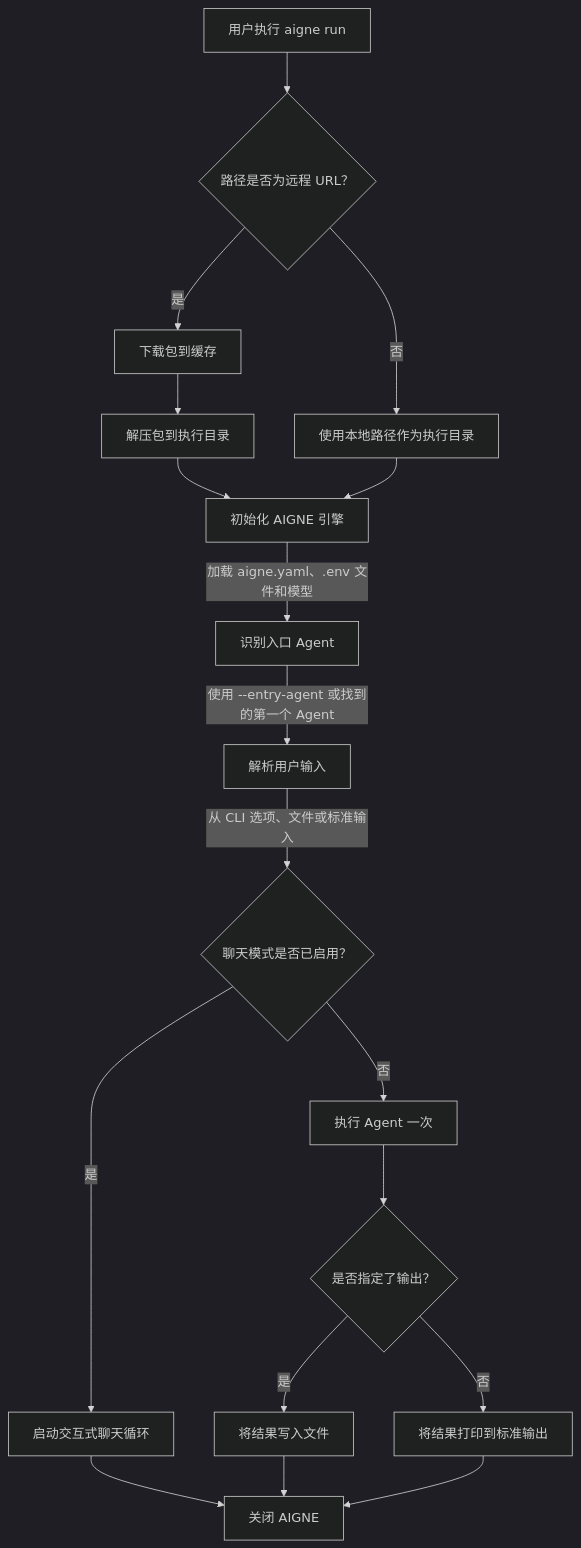
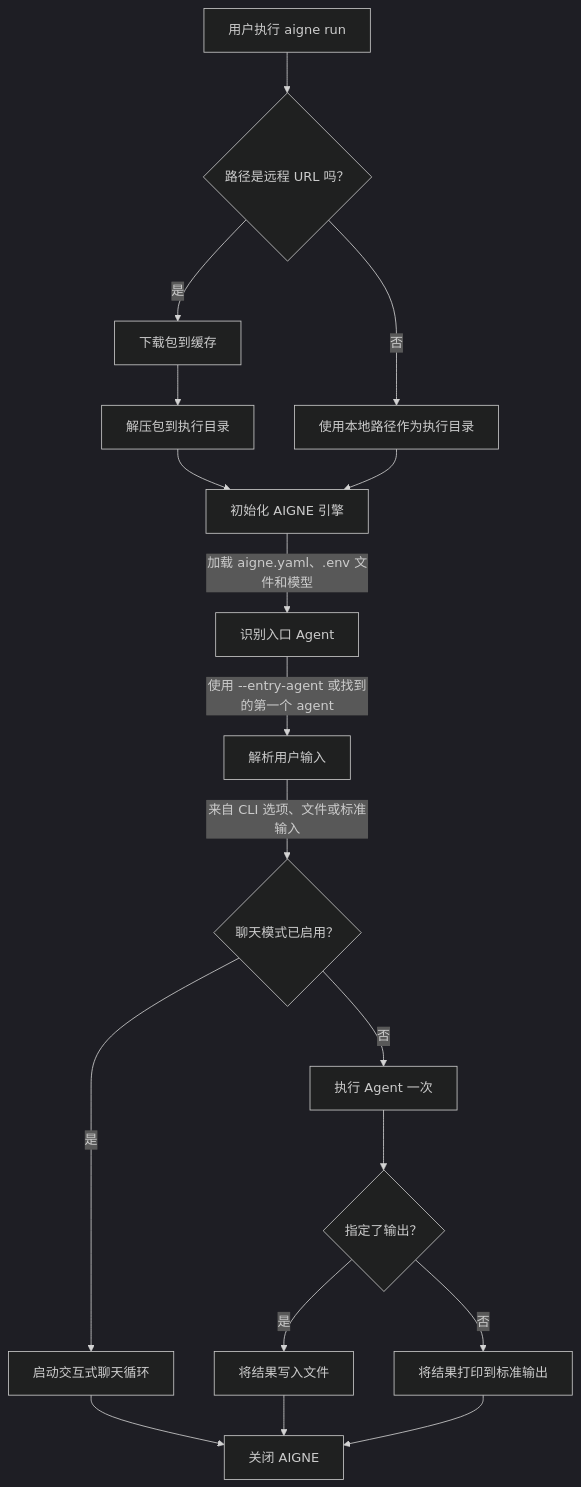
One commit to AIGNE-io/aigne-framework changed the diagram in packages/cli/docs/command-reference-run.zh.md. Above: the diagram before and after it, drawn with Mermaid (dark theme). The commit also changed other lines of this file and 39 other files, not shown here.

````diff
--- a/packages/cli/docs/command-reference-run.zh.md
+++ b/packages/cli/docs/command-reference-run.zh.md
@@ -28,20 +32,20 @@
 ```mermaid
 flowchart TD
-    A["用户执行 aigne run"] --> B{"路径是否为远程 URL？"};
+    A["用户执行 aigne run"] --> B{"路径是远程 URL 吗？"};
     B -- "是" --> C["下载包到缓存"];
     C --> D["解压包到执行目录"];
     B -- "否" --> E["使用本地路径作为执行目录"];
     D --> F["初始化 AIGNE 引擎"];
     E --> F;
     F -- "加载 aigne.yaml、.env 文件和模型" --> G["识别入口 Agent"];
-    G -- "使用 --entry-agent 或找到的第一个 Agent" --> H["解析用户输入"];
-    H -- "从 CLI 选项、文件或标准输入" --> I{"聊天模式是否已启用？"};
+    G -- "使用 --entry-agent 或找到的第一个 agent" --> H["解析用户输入"];
+    H -- "来自 CLI 选项、文件或标准输入" --> I{"聊天模式已启用？"};
     I -- "是" --> J["启动交互式聊天循环"];
     I -- "否" --> K["执行 Agent 一次"];
     J --> L["关闭 AIGNE"];
-    K --> M{"是否指定了输出？"};
+    K --> M{"指定了输出？"};
     M -- "是" --> N["将结果写入文件"];
     M -- "否" --> O["将结果打印到标准输出"];
     N --> L;
     O --> L;
 ```
````
